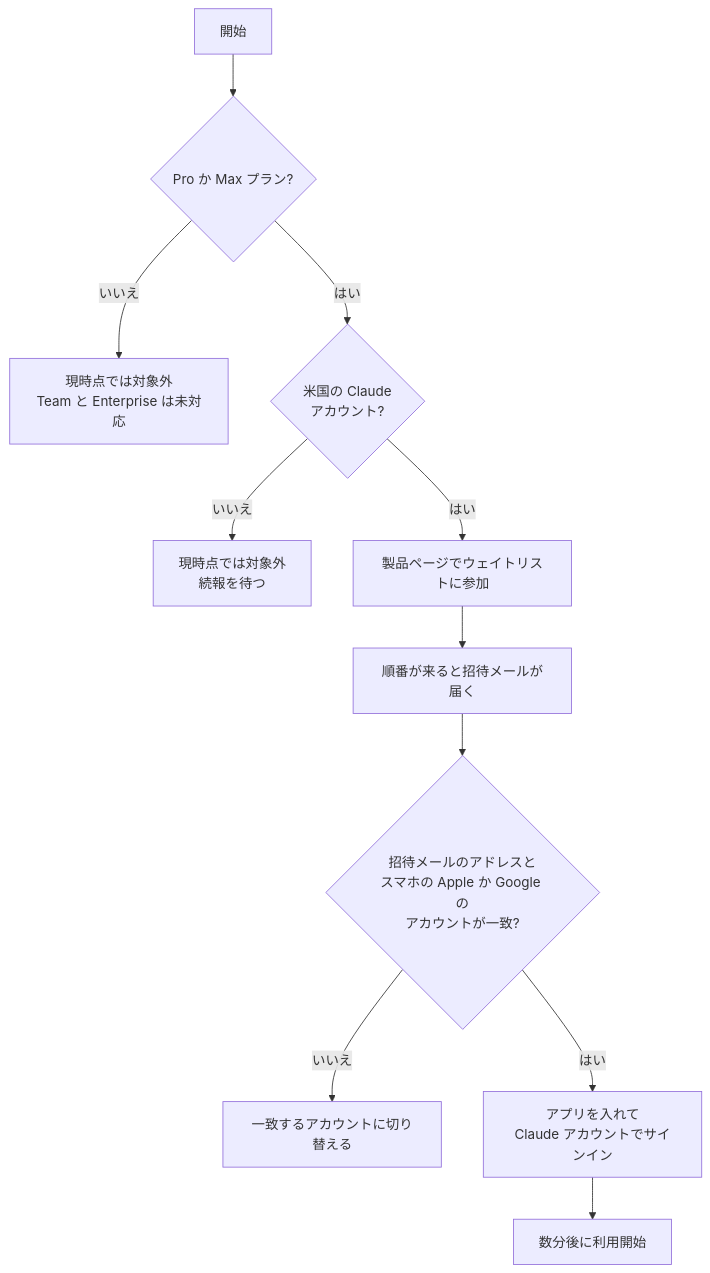
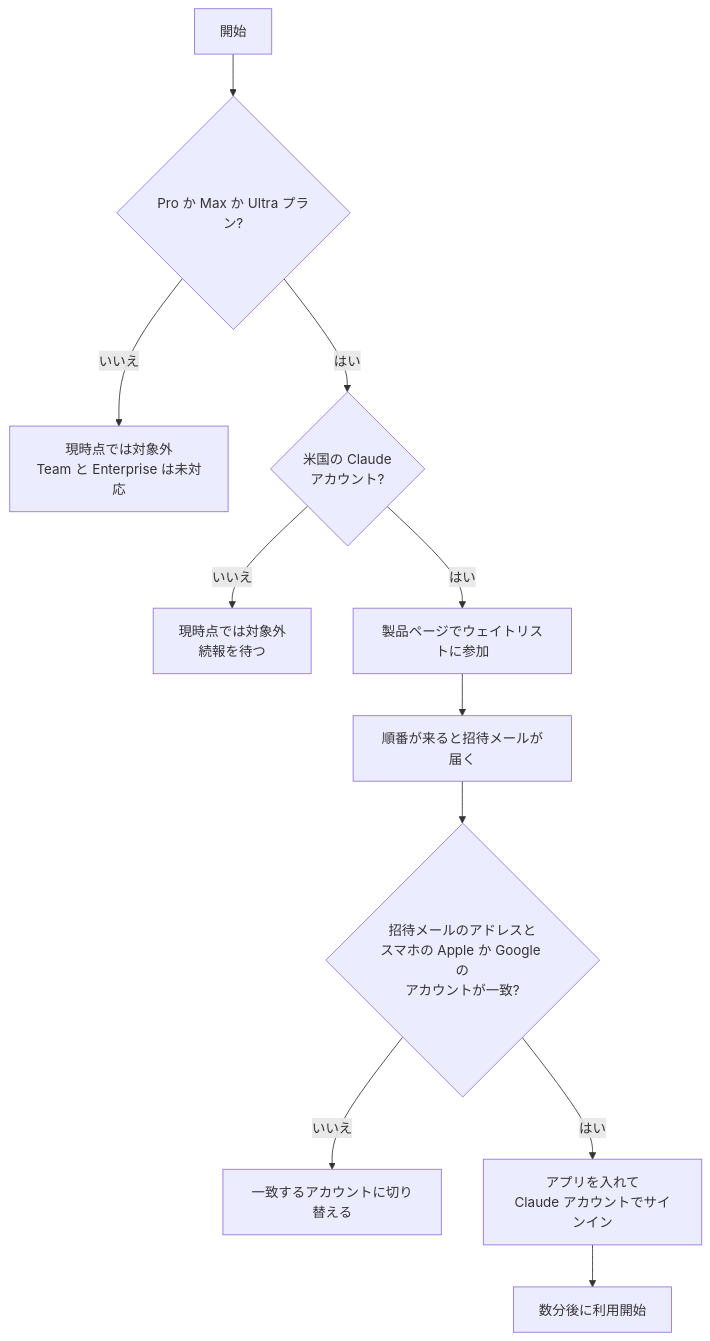
The fourth of 13 diagrams in Claude-duet-best-practices-guide.md (myoshi2891/Comparison-of-LLMs), drawn with Mermaid before and after one commit. The commit also changed other lines of this file, not shown here.

Commit message:
docs(claude): add Ultra plan to Duet eligibility and update auto mode tester source

````diff
--- a/Claude-duet-best-practices-guide.md
+++ b/Claude-duet-best-practices-guide.md
@@ -160,13 +160,13 @@
 ```mermaid
 flowchart TD
-  S["開始"] --> P{"Pro か Max プラン?"}
+  S["開始"] --> P{"Pro か Max か Ultra プラン?"}
   P -->|"いいえ"| X1["現時点では対象外<br/>Team と Enterprise は未対応"]
   P -->|"はい"| R{"米国の Claude<br/>アカウント?"}
   R -->|"いいえ"| X2["現時点では対象外<br/>続報を待つ"]
   R -->|"はい"| W["製品ページでウェイトリストに参加"]
   W --> I["順番が来ると招待メールが届く"]
   I --> M{"招待メールのアドレスと<br/>スマホの Apple か Google の<br/>アカウントが一致?"}
   M -->|"いいえ"| X3["一致するアカウントに切り替える"]
   M -->|"はい"| A["アプリを入れて<br/>Claude アカウントでサインイン"]
   A --> OK["数分後に利用開始"]
 ```
````
